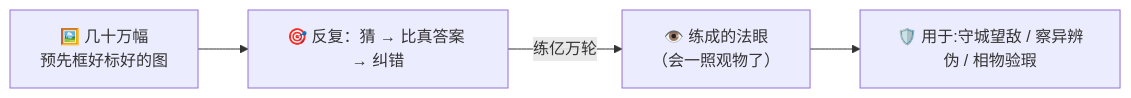
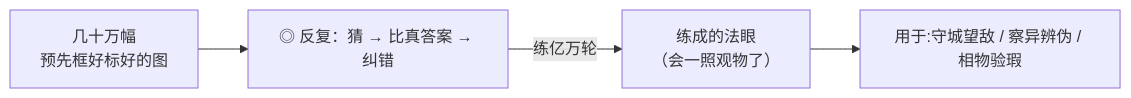
The fourth of 4 diagrams in docs/09_STORY_修仙学AI/STORY-番外/[STORY-番外-103] 番外04·法眼观物·一照真章.md (luckykhy/KhyAiHub), drawn with Mermaid before and after one commit. The commit also changed other lines of this file and 19 other files, not shown here.

````diff
--- a/docs/09_STORY_修仙学AI/STORY-番外/[STORY-番外-103] 番外04·法眼观物·一照真章.md
+++ b/docs/09_STORY_修仙学AI/STORY-番外/[STORY-番外-103] 番外04·法眼观物·一照真章.md
@@ -139,6 +139,6 @@
 ```mermaid
 flowchart LR
-  DATA["🖼️ 几十万幅<br/>预先框好标好的图"] --> TRAIN["🎯 反复：猜 → 比真答案 → 纠错"]
-  TRAIN -->|"练亿万轮"| EYE["👁️ 练成的法眼<br/>（会一照观物了）"]
-  EYE --> USE["🛡️ 用于:守城望敌 / 察异辨伪 / 相物验瑕"]
+  DATA["几十万幅<br/>预先框好标好的图"] --> TRAIN["◎ 反复：猜 → 比真答案 → 纠错"]
+  TRAIN -->|"练亿万轮"| EYE["练成的法眼<br/>（会一照观物了）"]
+  EYE --> USE["用于:守城望敌 / 察异辨伪 / 相物验瑕"]
 ```
````
